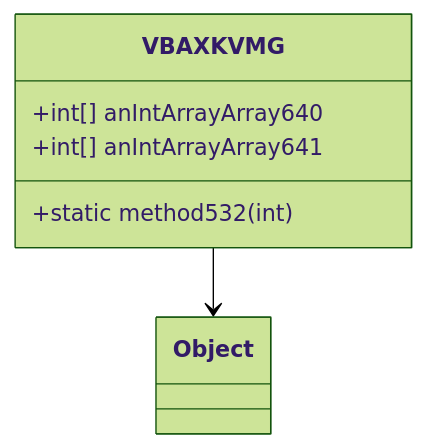
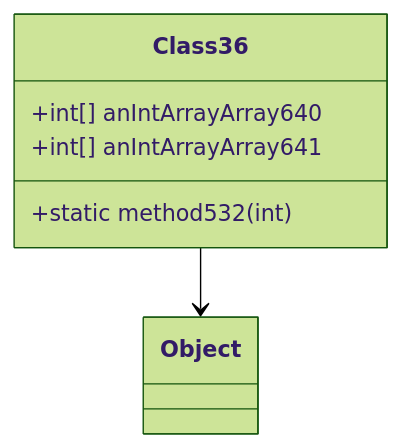
The diagram in bytecode/mapping/evidence/verified/Class36_VBAXKVMG.md (daxxog/solmud), drawn with Mermaid (forest theme) before and after one commit. The commit also changed other lines of this file and 48 other files, not shown here.

````diff
--- a/bytecode/mapping/evidence/verified/Class36_VBAXKVMG.md
+++ b/bytecode/mapping/evidence/verified/Class36_VBAXKVMG.md
@@ -9,7 +9,7 @@
 ```mermaid
 classDiagram
-    VBAXKVMG --> Object
-    VBAXKVMG : +int[] anIntArrayArray640
-    VBAXKVMG : +int[] anIntArrayArray641
-    VBAXKVMG : +static method532(int)
+    Class36 --> Object
+    Class36 : +int[] anIntArrayArray640
+    Class36 : +int[] anIntArrayArray641
+    Class36 : +static method532(int)
 ```
````
